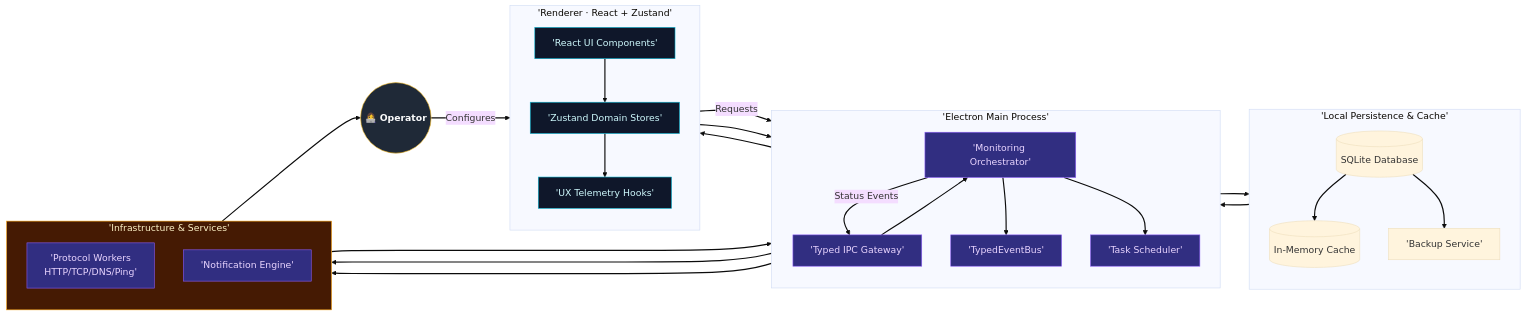
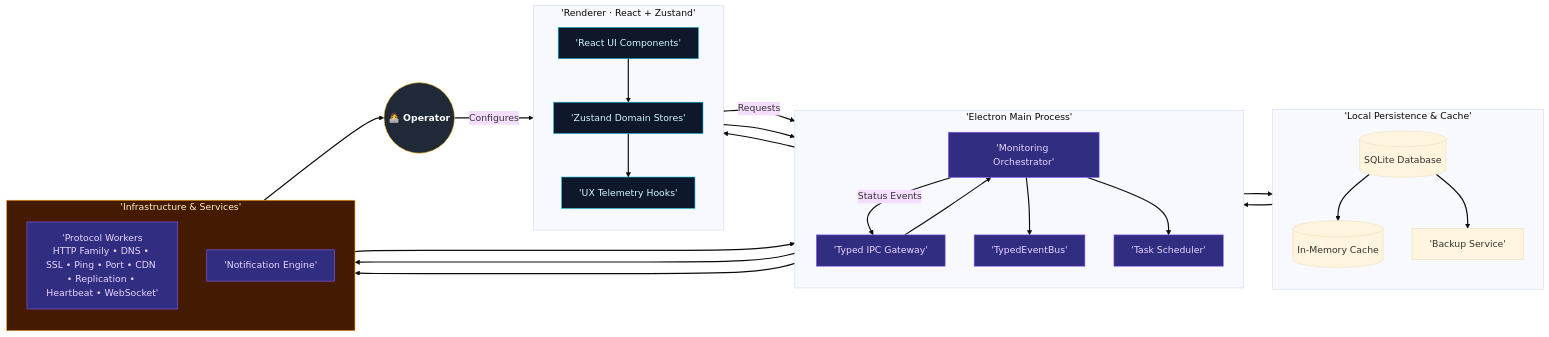
Before and after one commit to Nick2bad4u/Uptime-Watcher: the diagram in README.md, drawn with Mermaid (base theme). The commit also changed other lines of this file and 23 other files, not shown here.

````diff
--- a/README.md
+++ b/README.md
@@ -239,65 +249,65 @@
 ```mermaid
 flowchart LR
     classDef persona fill:#1f2937,stroke:#fbbf24,color:#f9fafb,font-weight:bold;
     classDef main fill:#1e1b4b,stroke:#ec4899,color:#fce7f3;
     classDef renderer fill:#0f172a,stroke:#06b6d4,color:#cffafe;
     classDef data fill:#064e3b,stroke:#10b981,color:#d1fae5;
     classDef service fill:#312e81,stroke:#8b5cf6,color:#e9d5ff;
     classDef infra fill:#451a03,stroke:#f59e0b,color:#fef3c7;
     linkStyle default stroke-width:2px;
 
     User((👩‍💻 Operator)):::persona
     subgraph Renderer['Renderer · React + Zustand']
         direction TB
         UI['React UI Components']
         Store['Zustand Domain Stores']
         Telemetry['UX Telemetry Hooks']
     end
     subgraph Main['Electron Main Process']
         direction TB
         Services['Monitoring Orchestrator']
         IPC['Typed IPC Gateway']
         Scheduler['Task Scheduler']
         EventBus['TypedEventBus']
     end
     subgraph Persistence['Local Persistence & Cache']
         direction TB
         SQLite[(SQLite Database)]
         Cache[(In-Memory Cache)]
         Backups['Backup Service']
     end
     subgraph Integrations['Infrastructure & Services']
         direction TB
-        Monitors['Protocol Workers
-HTTP/TCP/DNS/Ping']
+  Monitors['Protocol Workers
+HTTP Family • DNS • SSL • Ping • Port • CDN • Replication • Heartbeat • WebSocket']
         Alerts['Notification Engine']
     end
 
     User -->|Configures| UI
     UI --> Store
     Store -->|Requests| IPC
     IPC --> Services
     Services --> EventBus
     Services --> Scheduler
     Scheduler --> Monitors
     Monitors --> Services
     Services -->|Status Events| IPC
     IPC --> Store
     Store --> Telemetry --> EventBus
     Services --> SQLite
     SQLite --> Cache
     Cache --> Services
     SQLite --> Backups
     EventBus --> Alerts
     Alerts --> User
 
     class Services,IPC,Scheduler,EventBus,Monitors,Alerts service;
     class UI,Store,Telemetry renderer;
     class Integrations infra;
 
     click Services "docs/Architecture/README.md" "Open architecture documentation"
     click Store "docs/Architecture/ADRs/ADR-004-Frontend-State-Management.md" "Read ADR-004"
     click IPC "docs/Architecture/ADRs/ADR-005-IPC-Communication-Protocol.md" "Read IPC protocol"
     click EventBus "docs/Architecture/ADRs/ADR-002-Event-Driven-Architecture.md" "Read event-driven architecture"
     click SQLite "docs/Architecture/ADRs/ADR-001-Repository-Pattern.md" "Review repository pattern"
 ```
````
